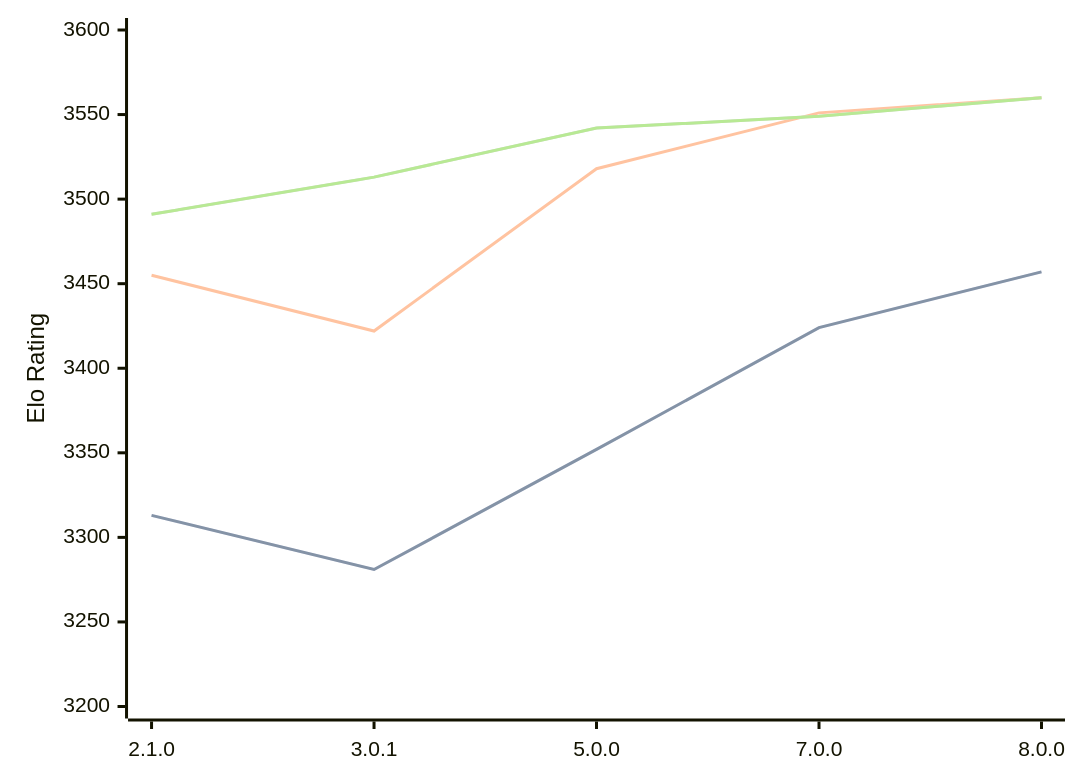
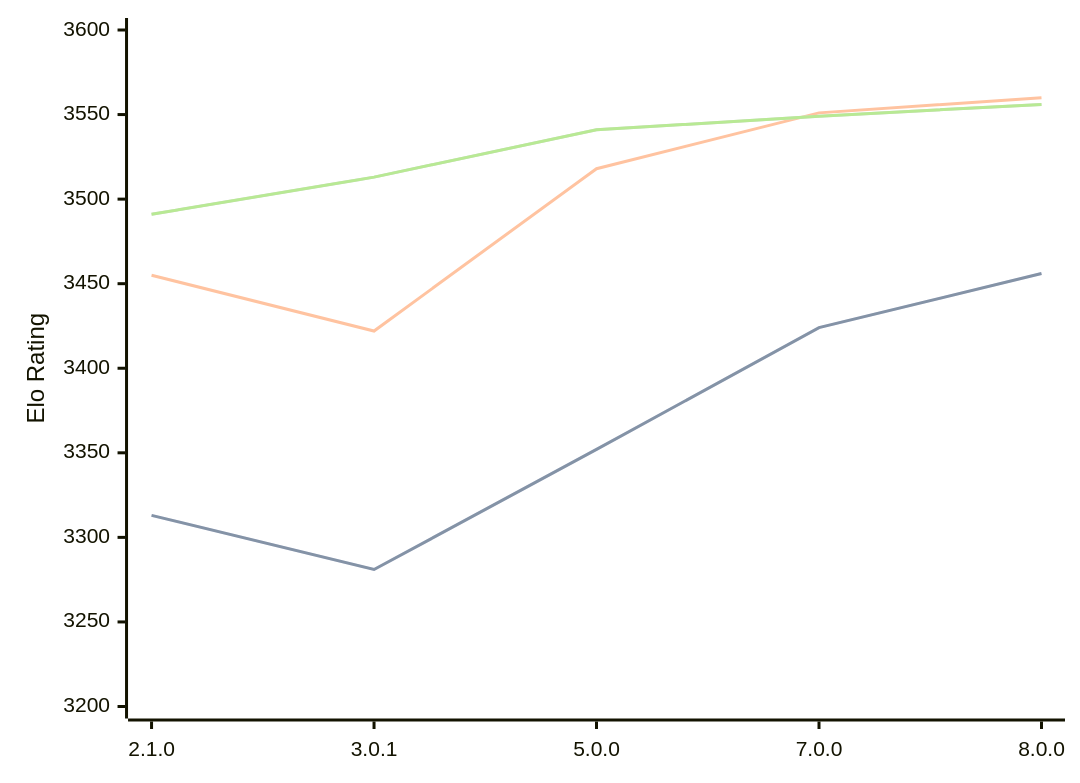
Before and after one commit to computer-chess-index/cci: the diagram in engines/PlentyChess.md, drawn with Mermaid. The commit also changed other lines of this file, not shown here.

Commit message:
Update CCI Ratings (ELO VLTC) - 2026-07-21

````diff
--- a/engines/PlentyChess.md
+++ b/engines/PlentyChess.md
@@ -46,11 +46,11 @@
 ```mermaid
 %%{init: {"theme":"base","themeVariables":{"seriesColors:['#a3a3a3','#222221','#faa371']}}}%%
 xychart-beta
   x-axis ["2.1.0", "3.0.1", "5.0.0", "7.0.0", "8.0.0"]
   y-axis "Elo Rating" 3200 --> 3600
-  line "STC (8.0+0.08s)" [3313, 3281, 3352, 3424, 3457]
-  line "STC (8.0+0.08s)" [3313, 3281, 3352, 3424, 3457]
+  line "STC (8.0+0.08s)" [3313, 3281, 3352, 3424, 3456]
+  line "STC (8.0+0.08s)" [3313, 3281, 3352, 3424, 3456]
   line "LTC (60.0+0.60s)" [3455, 3422, 3518, 3551, 3560]
-  line "VLTC (2m24s+1.12s)" [3491, 3513, 3542, 3549, 3560]
-  line "VLTC (2m24s+1.12s)" [3491, 3513, 3542, 3549, 3560]
+  line "VLTC (2m24s+1.12s)" [3491, 3513, 3541, 3549, 3556]
+  line "VLTC (2m24s+1.12s)" [3491, 3513, 3541, 3549, 3556]
 ```
````
